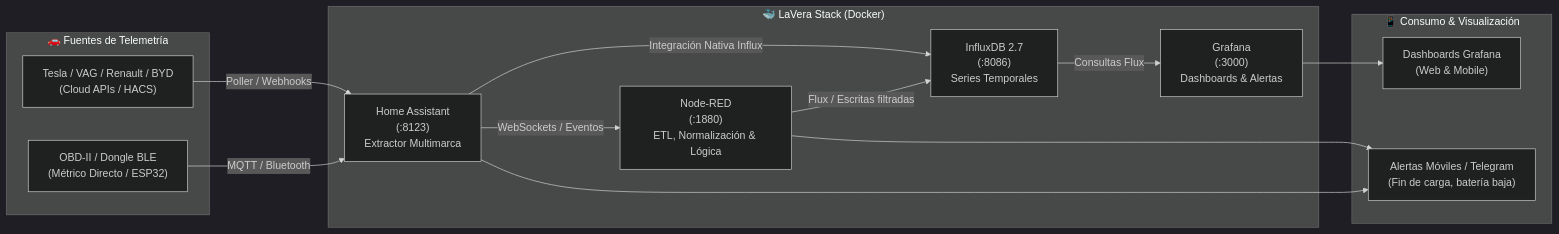
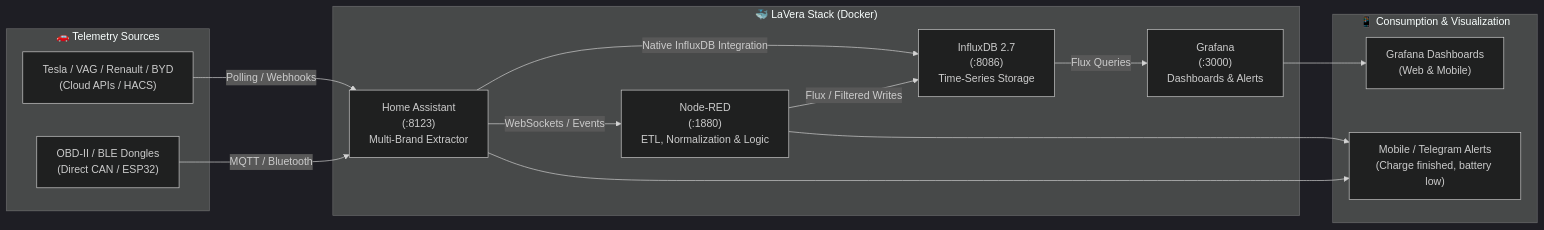
One commit to cast0rtech/LaVera changed the diagram in README.md. Above: the diagram before and after it, drawn with Mermaid (dark theme). The commit also changed other lines of this file and 6 other files, not shown here.

````diff
--- a/README.md
+++ b/README.md
@@ -25,29 +27,29 @@
 ```mermaid
 flowchart LR
-    subgraph Vehiculos ["🚗 Fuentes de Telemetría"]
+    subgraph Vehicles ["🚗 Telemetry Sources"]
         EV1["Tesla / VAG / Renault / BYD\n(Cloud APIs / HACS)"]
-        EV2["OBD-II / Dongle BLE\n(Métrico Directo / ESP32)"]
+        EV2["OBD-II / BLE Dongles\n(Direct CAN / ESP32)"]
     end
 
     subgraph Core ["🐳 LaVera Stack (Docker)"]
-        HA["Home Assistant\n(:8123)\nExtractor Multimarca"]
-        NR["Node-RED\n(:1880)\nETL, Normalización & Lógica"]
-        INFLUX["InfluxDB 2.7\n(:8086)\nSeries Temporales"]
-        GRAFANA["Grafana\n(:3000)\nDashboards & Alertas"]
+        HA["Home Assistant\n(:8123)\nMulti-Brand Extractor"]
+        NR["Node-RED\n(:1880)\nETL, Normalization & Logic"]
+        INFLUX["InfluxDB 2.7\n(:8086)\nTime-Series Storage"]
+        GRAFANA["Grafana\n(:3000)\nDashboards & Alerts"]
     end
 
-    subgraph Salidas ["📱 Consumo & Visualización"]
-        DASH["Dashboards Grafana\n(Web & Mobile)"]
-        NOTIF["Alertas Móviles / Telegram\n(Fin de carga, batería baja)"]
+    subgraph Outputs ["📱 Consumption & Visualization"]
+        DASH["Grafana Dashboards\n(Web & Mobile)"]
+        NOTIF["Mobile / Telegram Alerts\n(Charge finished, battery low)"]
     end
 
-    EV1 -->|Poller / Webhooks| HA
+    EV1 -->|Polling / Webhooks| HA
     EV2 -->|MQTT / Bluetooth| HA
-    HA -->|Integración Nativa Influx| INFLUX
-    HA -->|WebSockets / Eventos| NR
-    NR -->|Flux / Escritas filtradas| INFLUX
-    INFLUX -->|Consultas Flux| GRAFANA
+    HA -->|Native InfluxDB Integration| INFLUX
+    HA -->|WebSockets / Events| NR
+    NR -->|Flux / Filtered Writes| INFLUX
+    INFLUX -->|Flux Queries| GRAFANA
     GRAFANA --> DASH
     NR --> NOTIF
     HA --> NOTIF
 ```
````
